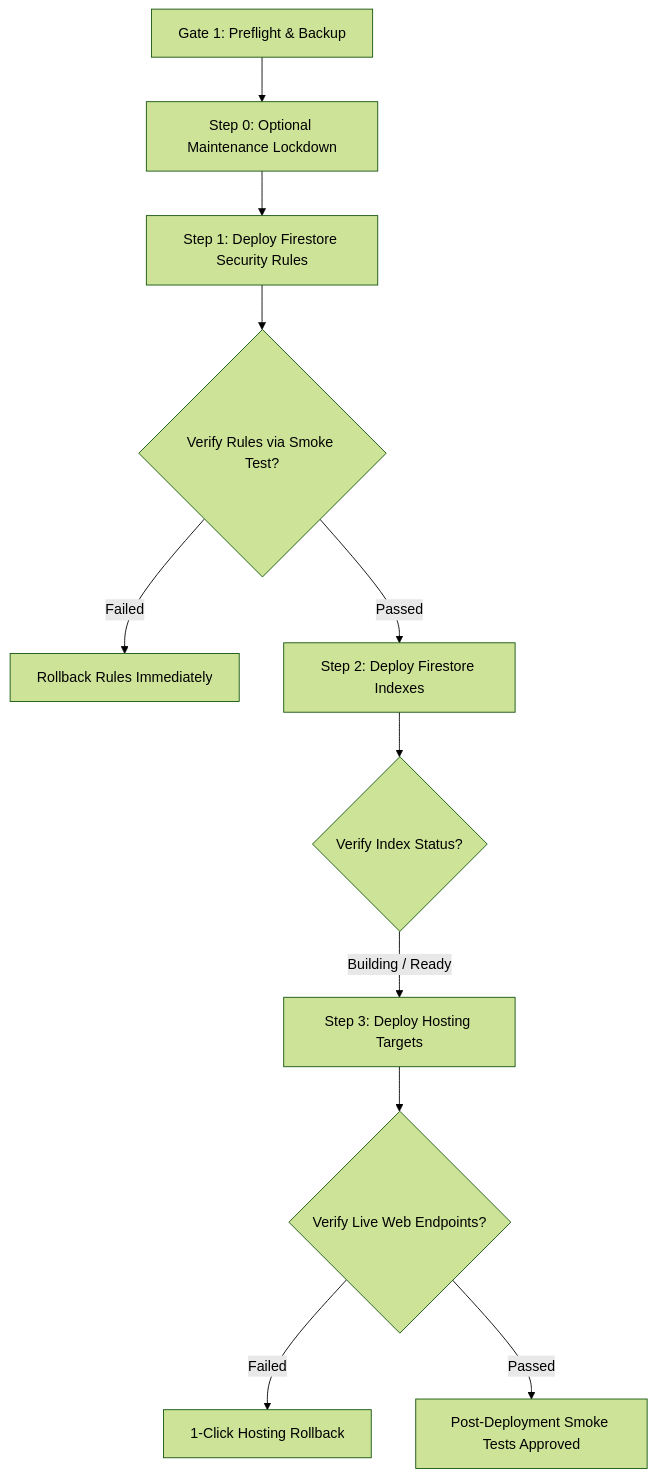
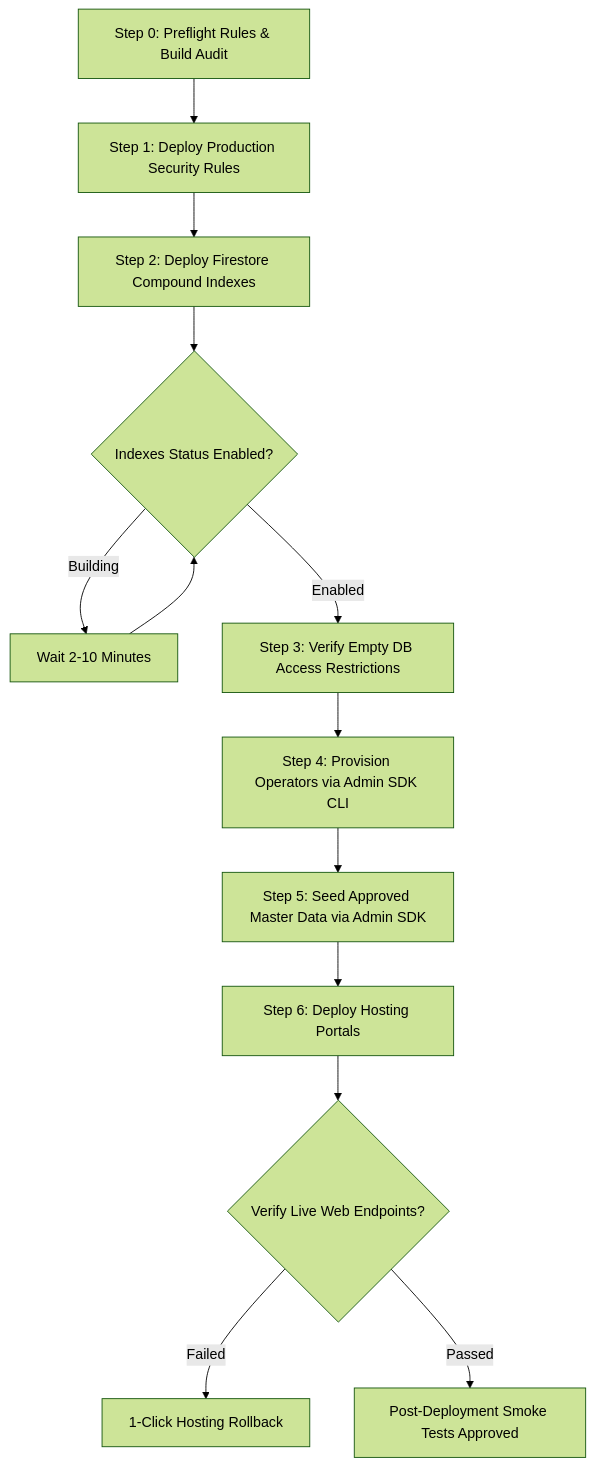
The diagram in department-agenda-firebase/docs/DEPLOYMENT_RUNBOOK.md (throwawaybtm/simak-diskum-v5), drawn with Mermaid (forest theme) before and after one commit. The commit also changed other lines of this file and 11 other files, not shown here.

````diff
--- a/department-agenda-firebase/docs/DEPLOYMENT_RUNBOOK.md
+++ b/department-agenda-firebase/docs/DEPLOYMENT_RUNBOOK.md
@@ -58,13 +58,15 @@
 ```mermaid
 flowchart TD
-    G1[Gate 1: Preflight & Backup] --> M0[Step 0: Optional Maintenance Lockdown]
-    M0 --> D1[Step 1: Deploy Firestore Security Rules]
-    D1 --> V1{Verify Rules via Smoke Test?}
-    V1 -- Failed --> R1[Rollback Rules Immediately]
-    V1 -- Passed --> D2[Step 2: Deploy Firestore Indexes]
-    D2 --> V2{Verify Index Status?}
-    V2 -- Building / Ready --> D3[Step 3: Deploy Hosting Targets]
-    D3 --> V3{Verify Live Web Endpoints?}
-    V3 -- Failed --> R2[1-Click Hosting Rollback]
-    V3 -- Passed --> S1[Post-Deployment Smoke Tests Approved]
+    G1[Step 0: Preflight Rules & Build Audit] --> D1[Step 1: Deploy Production Security Rules]
+    D1 --> D2[Step 2: Deploy Firestore Compound Indexes]
+    D2 --> V1{Indexes Status Enabled?}
+    V1 -- Building --> W1[Wait 2-10 Minutes]
+    W1 --> V1
+    V1 -- Enabled --> D3[Step 3: Verify Empty DB Access Restrictions]
+    D3 --> D4[Step 4: Provision Operators via Admin SDK CLI]
+    D4 --> D5[Step 5: Seed Approved Master Data via Admin SDK]
+    D5 --> D6[Step 6: Deploy Hosting Portals]
+    D6 --> V2{Verify Live Web Endpoints?}
+    V2 -- Failed --> R2[1-Click Hosting Rollback]
+    V2 -- Passed --> S1[Post-Deployment Smoke Tests Approved]
 ```
````
